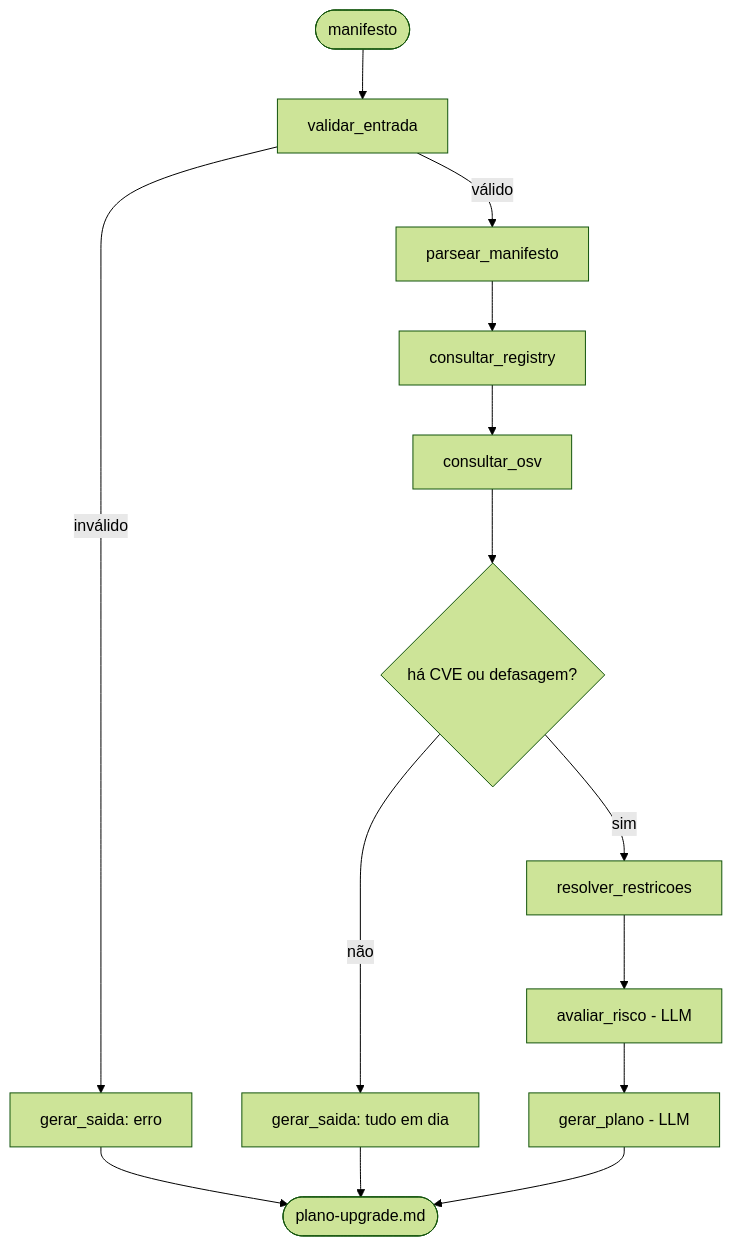
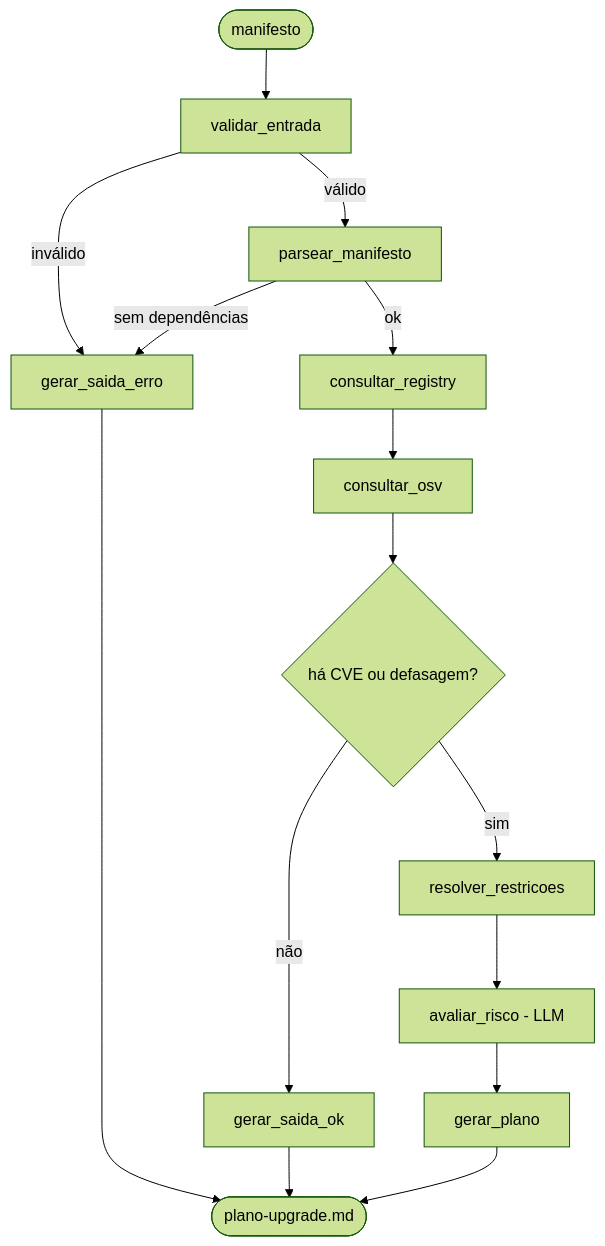
One commit to AirtonD/upgrade-planner changed the diagram in ARQUITETURA.md. Above: the diagram before and after it, drawn with Mermaid (forest theme). The commit also changed other lines of this file and 1 other file, not shown here.

````diff
--- a/ARQUITETURA.md
+++ b/ARQUITETURA.md
@@ -178,16 +178,17 @@
 ```mermaid
 flowchart TD
     START([manifesto]) --> V[validar_entrada]
-    V -->|inválido| ERRO[gerar_saida: erro]
+    V -->|inválido| ERRO[gerar_saida_erro]
     V -->|válido| P[parsear_manifesto]
-    P --> C[consultar_registry]
+    P -->|sem dependências| ERRO
+    P -->|ok| C[consultar_registry]
     C --> O[consultar_osv]
     O --> D{há CVE ou defasagem?}
-    D -->|não| OK[gerar_saida: tudo em dia]
+    D -->|não| OK[gerar_saida_ok]
     D -->|sim| R[resolver_restricoes]
     R --> A[avaliar_risco - LLM]
-    A --> G[gerar_plano - LLM]
+    A --> G[gerar_plano]
     G --> END([plano-upgrade.md])
     ERRO --> END
     OK --> END
 ```
````
